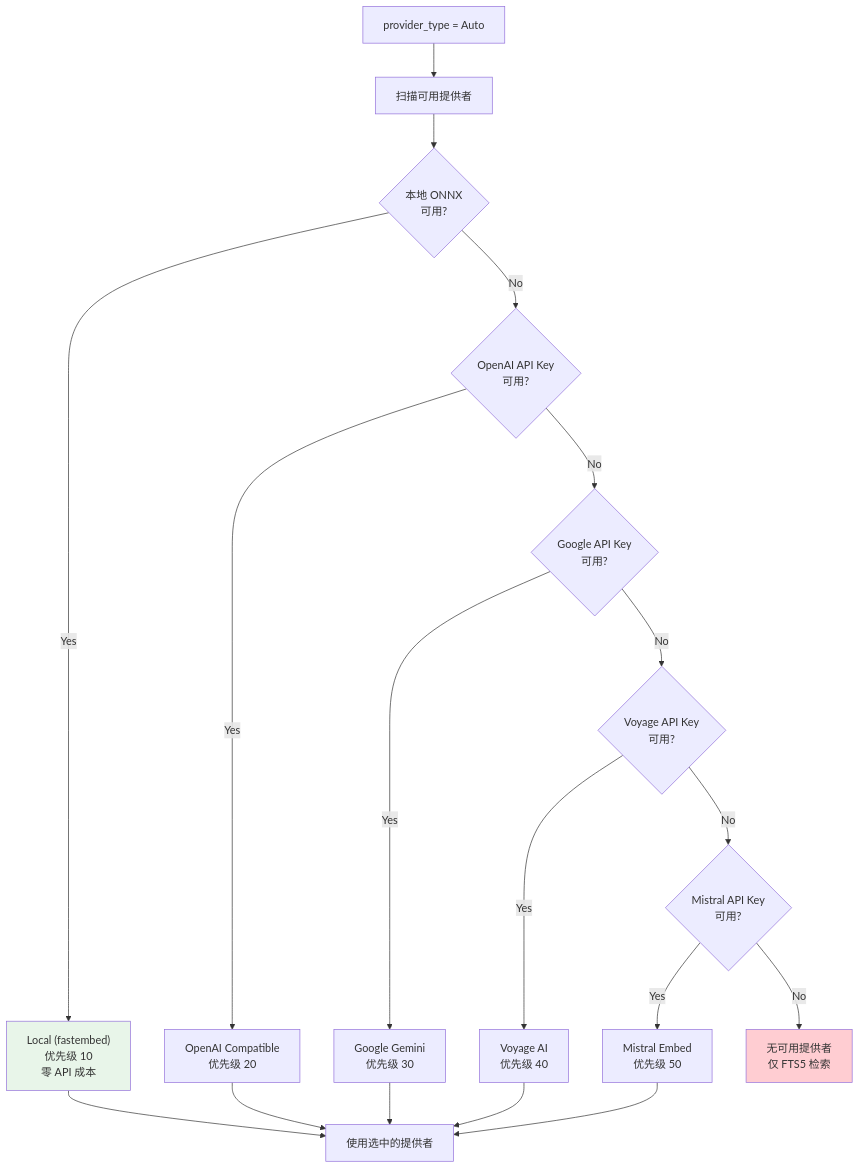
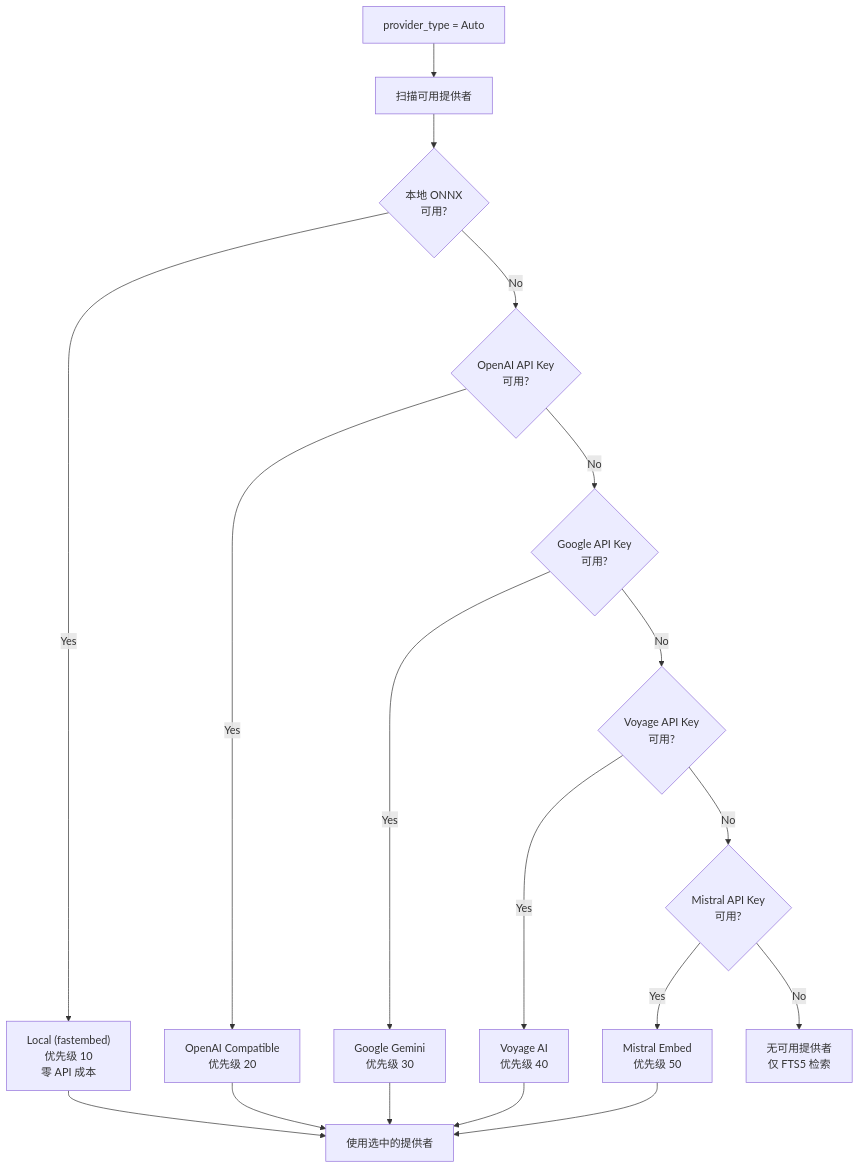
The fourth of 5 diagrams in docs/architecture/memory.md (shiwenwen/hope-agent), drawn with Mermaid before and after one commit. The commit also changed other lines of this file and 13 other files, not shown here.

First line of the commit message:
docs: 移除 mermaid 图表中的自定义背景色填充

````diff
--- a/docs/architecture/memory.md
+++ b/docs/architecture/memory.md
@@ -286,22 +278,20 @@
 ```mermaid
 flowchart TD
     Start["provider_type = Auto"] --> Scan["扫描可用提供者"]
     Scan --> L{"本地 ONNX<br/>可用?"}
     L -- Yes --> Local["Local (fastembed)<br/>优先级 10<br/>零 API 成本"]
     L -- No --> O{"OpenAI API Key<br/>可用?"}
     O -- Yes --> OpenAI["OpenAI Compatible<br/>优先级 20"]
     O -- No --> G{"Google API Key<br/>可用?"}
     G -- Yes --> Google["Google Gemini<br/>优先级 30"]
     G -- No --> V{"Voyage API Key<br/>可用?"}
     V -- Yes --> Voyage["Voyage AI<br/>优先级 40"]
     V -- No --> M{"Mistral API Key<br/>可用?"}
     M -- Yes --> Mistral["Mistral Embed<br/>优先级 50"]
     M -- No --> None["无可用提供者<br/>仅 FTS5 检索"]
     Local --> Use["使用选中的提供者"]
     OpenAI --> Use
     Google --> Use
     Voyage --> Use
     Mistral --> Use
-    style Local fill:#e8f5e9
-    style None fill:#ffcdd2
 ```
````
